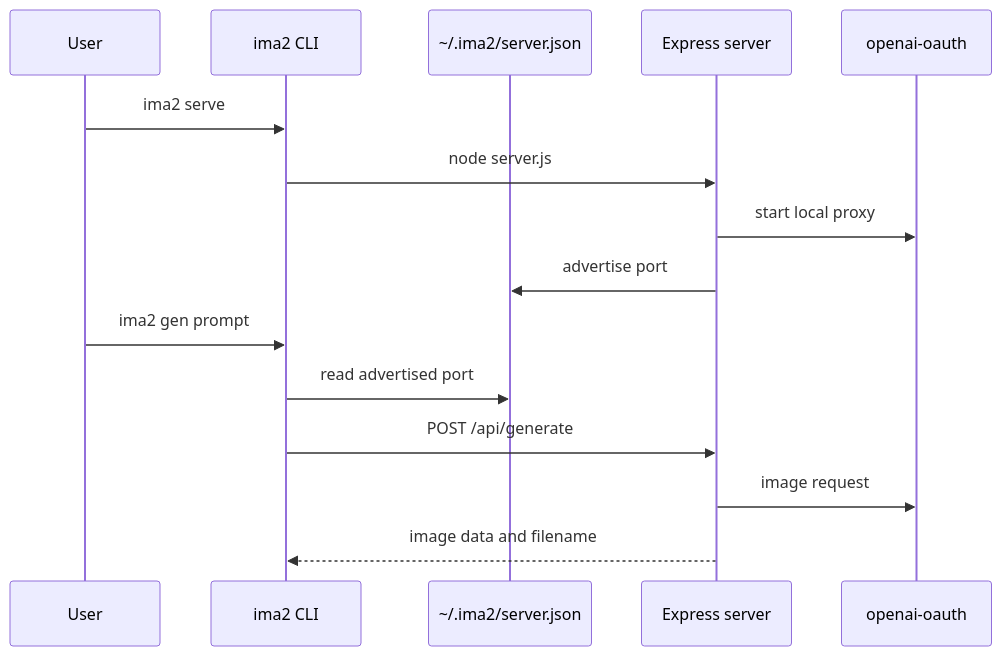
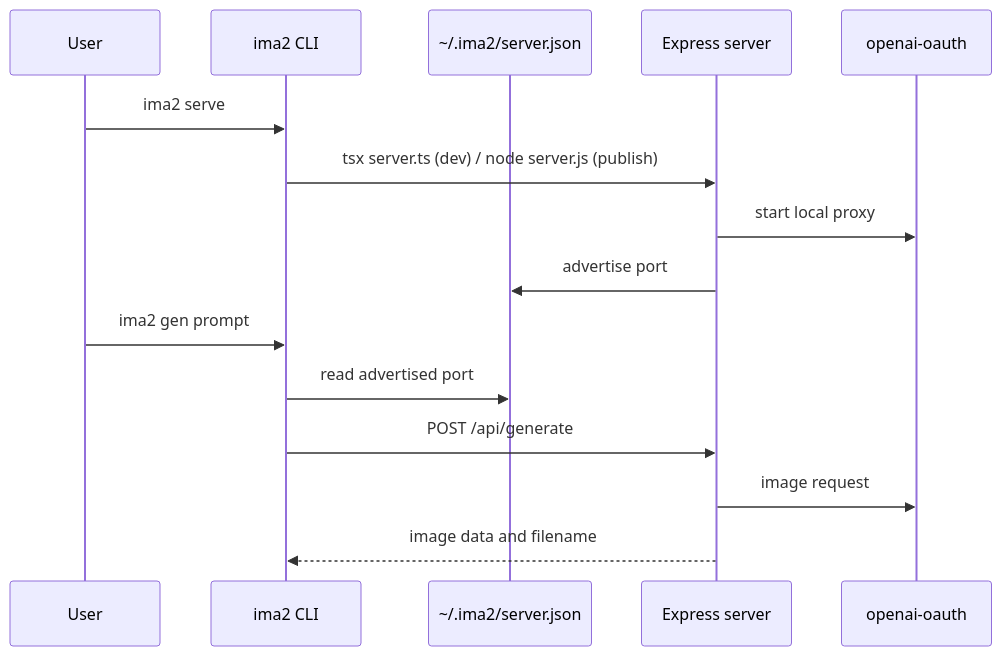
Before and after one commit to ChatPoongKun/ima2-gen: the diagram in structure/02-command-reference.md, drawn with Mermaid. The commit also changed other lines of this file and 36 other files, not shown here.

````diff
--- a/structure/02-command-reference.md
+++ b/structure/02-command-reference.md
@@ -19,18 +19,18 @@
 ```mermaid
 sequenceDiagram
     participant User as User
     participant CLI as ima2 CLI
     participant Adv as ~/.ima2/server.json
     participant Server as Express server
     participant OAuth as openai-oauth
 
     User->>CLI: ima2 serve
-    CLI->>Server: node server.js
+    CLI->>Server: tsx server.ts (dev) / node server.js (publish)
     Server->>OAuth: start local proxy
     Server->>Adv: advertise port
     User->>CLI: ima2 gen prompt
     CLI->>Adv: read advertised port
     CLI->>Server: POST /api/generate
     Server->>OAuth: image request
     Server-->>CLI: image data and filename
 ```
````
